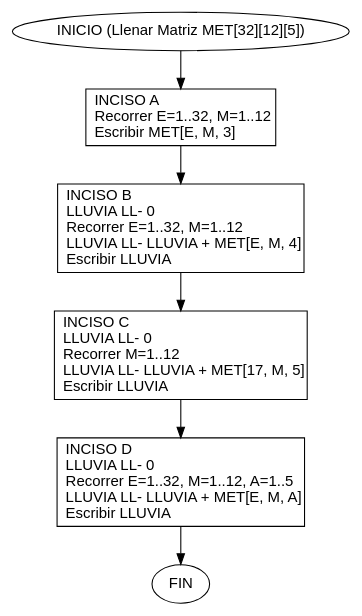
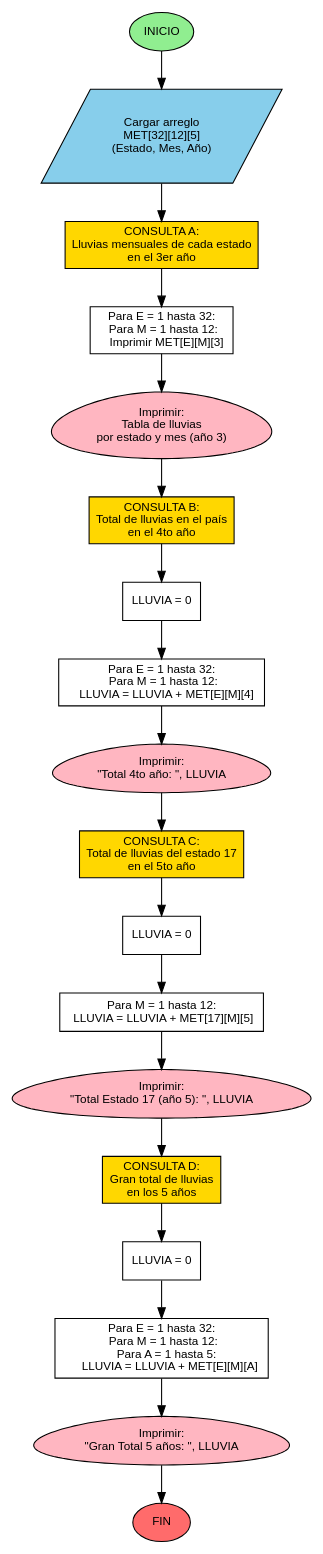
One commit to RosarioReyesMtz/java-tutor-tics changed the diagram in Diagramas/ejemplo_4_10.dot. Above: the diagram before and after it, drawn with Graphviz. The commit also changed 40 other files, not shown here.

```diff
--- a/Diagramas/ejemplo_4_10.dot
+++ b/Diagramas/ejemplo_4_10.dot
@@ -1,23 +1,56 @@
-digraph Ejemplo_4_10 {
-    graph [fontname="Arial"];
-    node [fontname="Arial", shape=ellipse, style=solid];
-    edge [fontname="Arial"];
-
-    inicio [label="INICIO (Llenar Matriz MET[32][12][5])"];
-    fin [label="FIN"];
+digraph ejemplo_4_10 {
+    // Configuración general
+    rankdir=TB;
+    node [fontname="Arial", fontsize=11];
     
-    node [shape=rect, style=solid];
-    // Parte A
-    proc_a [label="INCISO A\lRecorrer E=1..32, M=1..12\lEscribir MET[E, M, 3]\l"];
+    // Inicio
+    inicio [label="INICIO", shape=ellipse, style=filled, fillcolor="#90EE90"];
     
-    // Parte B
-    proc_b [label="INCISO B\lLLUVIA \L\L- 0\lRecorrer E=1..32, M=1..12\lLLUVIA \L\L- LLUVIA + MET[E, M, 4]\lEscribir LLUVIA\l"];
+    // Cargar datos
+    cargar [label="Cargar arreglo\nMET[32][12][5]\n(Estado, Mes, Año)", shape=parallelogram, style=filled, fillcolor="#87CEEB"];
     
-    // Parte C
-    proc_c [label="INCISO C\lLLUVIA \L\L- 0\lRecorrer M=1..12\lLLUVIA \L\L- LLUVIA + MET[17, M, 5]\lEscribir LLUVIA\l"];
+    // CONSULTA A
+    titulo_a [label="CONSULTA A:\nLluvias mensuales de cada estado\nen el 3er año", shape=box, style=filled, fillcolor="#FFD700"];
+    ciclo_a [label="Para E = 1 hasta 32:\n  Para M = 1 hasta 12:\n    Imprimir MET[E][M][3]", shape=box];
+    out_a [label="Imprimir:\nTabla de lluvias\npor estado y mes (año 3)", shape=egg, style=filled, fillcolor="#FFB6C1"];
     
-    // Parte D
-    proc_d [label="INCISO D\lLLUVIA \L\L- 0\lRecorrer E=1..32, M=1..12, A=1..5\lLLUVIA \L\L- LLUVIA + MET[E, M, A]\lEscribir LLUVIA\l"];
+    // CONSULTA B
+    titulo_b [label="CONSULTA B:\nTotal de lluvias en el país\nen el 4to año", shape=box, style=filled, fillcolor="#FFD700"];
+    init_b [label="LLUVIA = 0", shape=box];
+    ciclo_b [label="Para E = 1 hasta 32:\n  Para M = 1 hasta 12:\n    LLUVIA = LLUVIA + MET[E][M][4]", shape=box];
+    out_b [label="Imprimir:\n\"Total 4to año: \", LLUVIA", shape=egg, style=filled, fillcolor="#FFB6C1"];
     
-    inicio -> proc_a -> proc_b -> proc_c -> proc_d -> fin;
+    // CONSULTA C
+    titulo_c [label="CONSULTA C:\nTotal de lluvias del estado 17\nen el 5to año", shape=box, style=filled, fillcolor="#FFD700"];
+    init_c [label="LLUVIA = 0", shape=box];
+    ciclo_c [label="Para M = 1 hasta 12:\n  LLUVIA = LLUVIA + MET[17][M][5]", shape=box];
+    out_c [label="Imprimir:\n\"Total Estado 17 (año 5): \", LLUVIA", shape=egg, style=filled, fillcolor="#FFB6C1"];
+    
+    // CONSULTA D
+    titulo_d [label="CONSULTA D:\nGran total de lluvias\nen los 5 años", shape=box, style=filled, fillcolor="#FFD700"];
+    init_d [label="LLUVIA = 0", shape=box];
+    ciclo_d [label="Para E = 1 hasta 32:\n  Para M = 1 hasta 12:\n    Para A = 1 hasta 5:\n      LLUVIA = LLUVIA + MET[E][M][A]", shape=box];
+    out_d [label="Imprimir:\n\"Gran Total 5 años: \", LLUVIA", shape=egg, style=filled, fillcolor="#FFB6C1"];
+    
+    // Fin
+    fin [label="FIN", shape=ellipse, style=filled, fillcolor="#FF6B6B"];
+    
+    // Conexiones
+    inicio -> cargar;
+    cargar -> titulo_a;
+    titulo_a -> ciclo_a;
+    ciclo_a -> out_a;
+    out_a -> titulo_b;
+    titulo_b -> init_b;
+    init_b -> ciclo_b;
+    ciclo_b -> out_b;
+    out_b -> titulo_c;
+    titulo_c -> init_c;
+    init_c -> ciclo_c;
+    ciclo_c -> out_c;
+    out_c -> titulo_d;
+    titulo_d -> init_d;
+    init_d -> ciclo_d;
+    ciclo_d -> out_d;
+    out_d -> fin;
 }
```
